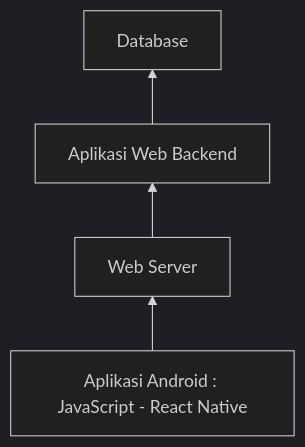
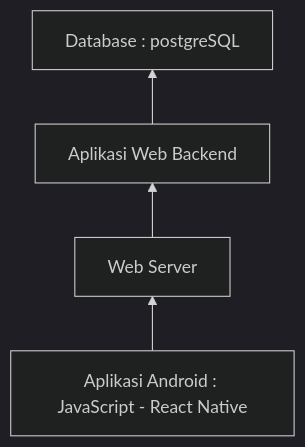
The second of 2 diagrams in uts-job-interview.md (fauzanashshidiq/pengenalaninformatika-jahitku), drawn with Mermaid (dark theme) before and after one commit.

Commit message:
uts-job-interview.md

````diff
--- a/uts-job-interview.md
+++ b/uts-job-interview.md
@@ -64,10 +64,10 @@
 ```mermaid
 flowchart BT
-    line4["Database"]
+    line4["Database : postgreSQL"]
     line3["Aplikasi Web Backend"]    
     line2["Web Server"]
     line1["Aplikasi Android : JavaScript - React Native"]
     line1 --> line2
     line2 --> line3
     line3 --> line4
 ```
````
